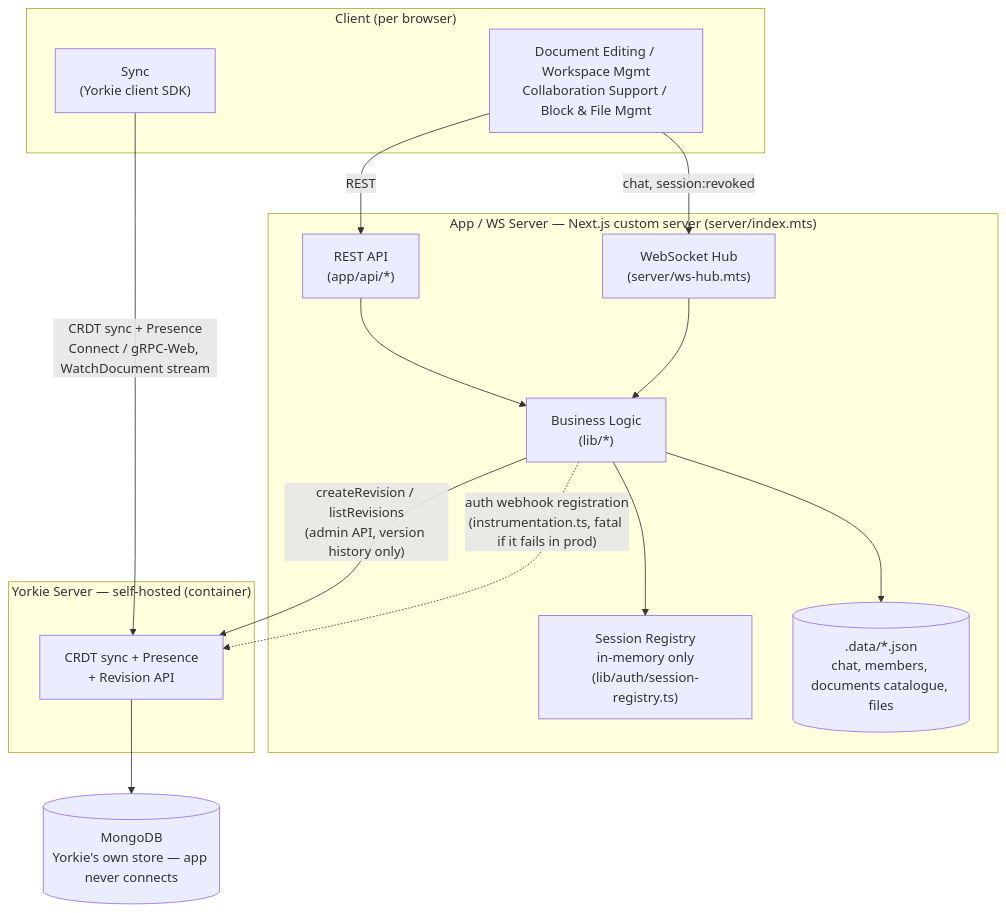
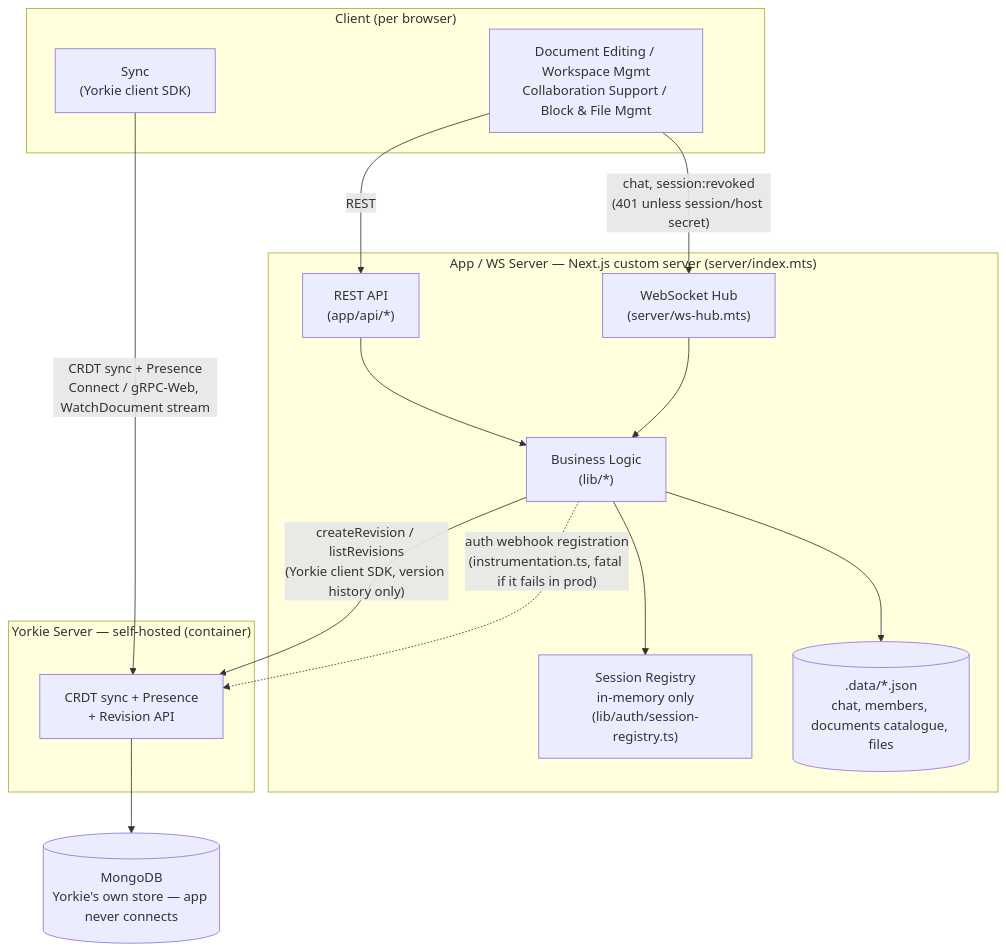
One commit to CBNU-TeamH/RMF-Block changed the diagram in ARCHITECTURE.md. Above: the diagram before and after it, drawn with Mermaid. The commit also changed other lines of this file and 23 other files, not shown here.

First line of the commit message:
docs: sync architecture docs and other stale doc citations to shipped code (#113)

````diff
--- a/ARCHITECTURE.md
+++ b/ARCHITECTURE.md
@@ -7,34 +7,34 @@
 ```mermaid
 graph TB
   subgraph Client["Client (per browser)"]
     UI["Document Editing / Workspace Mgmt<br/>Collaboration Support / Block & File Mgmt"]
     SyncSDK["Sync<br/>(Yorkie client SDK)"]
   end
 
   subgraph AppServer["App / WS Server — Next.js custom server (server/index.mts)"]
     REST["REST API<br/>(app/api/*)"]
     WSHub["WebSocket Hub<br/>(server/ws-hub.mts)"]
     BizLogic["Business Logic<br/>(lib/*)"]
     SessionReg["Session Registry<br/>in-memory only<br/>(lib/auth/session-registry.ts)"]
     DataFiles[(".data/*.json<br/>chat, members, documents catalogue, files")]
   end
 
   subgraph YorkieBox["Yorkie Server — self-hosted (container)"]
     YorkieCore["CRDT sync + Presence<br/>+ Revision API"]
   end
 
   Mongo[(MongoDB<br/>Yorkie's own store — app never connects)]
 
   UI -->|"REST"| REST
-  UI -->|"chat, session:revoked"| WSHub
+  UI -->|"chat, session:revoked<br/>(401 unless session/host secret)"| WSHub
   SyncSDK -->|"CRDT sync + Presence<br/>Connect / gRPC-Web, WatchDocument stream"| YorkieCore
 
   REST --> BizLogic
   WSHub --> BizLogic
   BizLogic --> DataFiles
   BizLogic --> SessionReg
-  BizLogic -->|"createRevision / listRevisions<br/>(admin API, version history only)"| YorkieCore
+  BizLogic -->|"createRevision / listRevisions<br/>(Yorkie client SDK, version history only)"| YorkieCore
   BizLogic -.->|"auth webhook registration<br/>(instrumentation.ts, fatal if it fails in prod)"| YorkieCore
 
   YorkieCore --> Mongo
 ```
````
